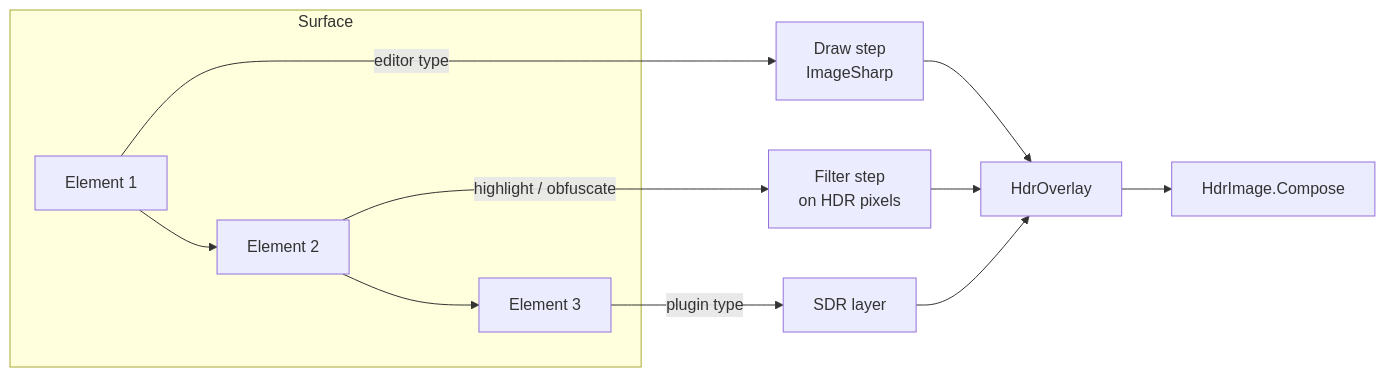
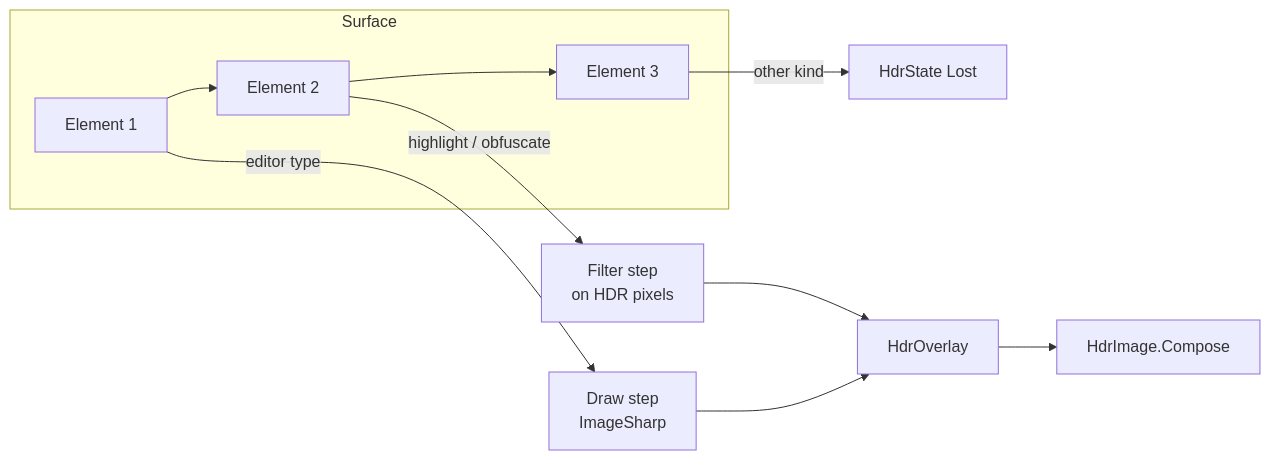
The third of 3 diagrams in docs/vNext/hdr.md (greenshot/greenshot), drawn with Mermaid before and after one commit. The commit also changed other lines of this file and 8 other files, not shown here.

````diff
--- a/docs/vNext/hdr.md
+++ b/docs/vNext/hdr.md
@@ -203,13 +208,12 @@
 ```mermaid
 flowchart LR
     subgraph Surface
         E1[Element 1] --> E2[Element 2] --> E3[Element 3]
     end
     E1 -->|editor type| D1[Draw step<br/>ImageSharp]
     E2 -->|highlight / obfuscate| F2[Filter step<br/>on HDR pixels]
-    E3 -->|plugin type| L3[SDR layer]
+    E3 -->|other kind| L3[HdrState Lost]
     D1 --> O[HdrOverlay]
     F2 --> O
-    L3 --> O
     O --> C[HdrImage.Compose]
 ```
````
